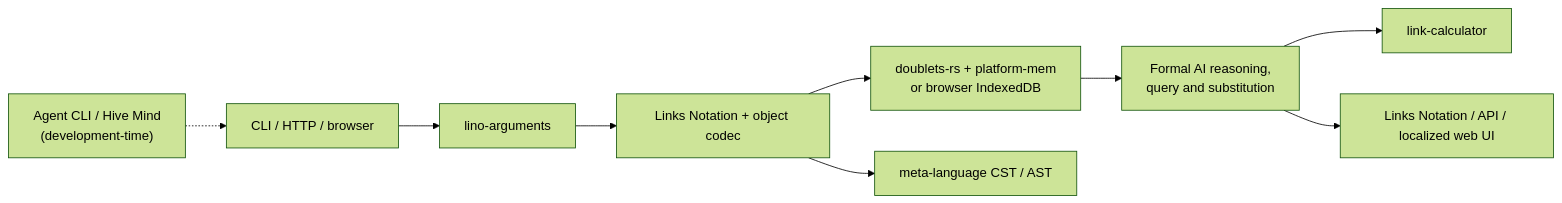
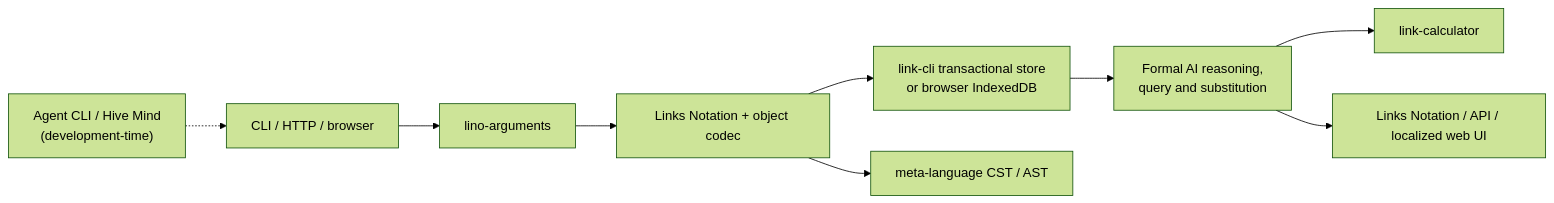
The diagram in docs/associative-tech-stack.md (link-assistant/formal-ai), drawn with Mermaid (forest theme) before and after one commit. The commit also changed other lines of this file and 72 other files, not shown here.

Commit message:
feat(storage): adopt link-cli and refresh deps

````diff
--- a/docs/associative-tech-stack.md
+++ b/docs/associative-tech-stack.md
@@ -20,11 +20,11 @@
 ```mermaid
 flowchart LR
     Clients["CLI / HTTP / browser"] --> Config["lino-arguments"]
     Config --> Syntax["Links Notation + object codec"]
-    Syntax --> Store["doublets-rs + platform-mem<br/>or browser IndexedDB"]
+    Syntax --> Store["link-cli transactional store<br/>or browser IndexedDB"]
     Store --> Reason["Formal AI reasoning,<br/>query and substitution"]
     Syntax --> Meta["meta-language CST / AST"]
     Reason --> Calc["link-calculator"]
     Reason --> Output["Links Notation / API / localized web UI"]
     Agent["Agent CLI / Hive Mind<br/>(development-time)"] -.-> Clients
 ```
````
